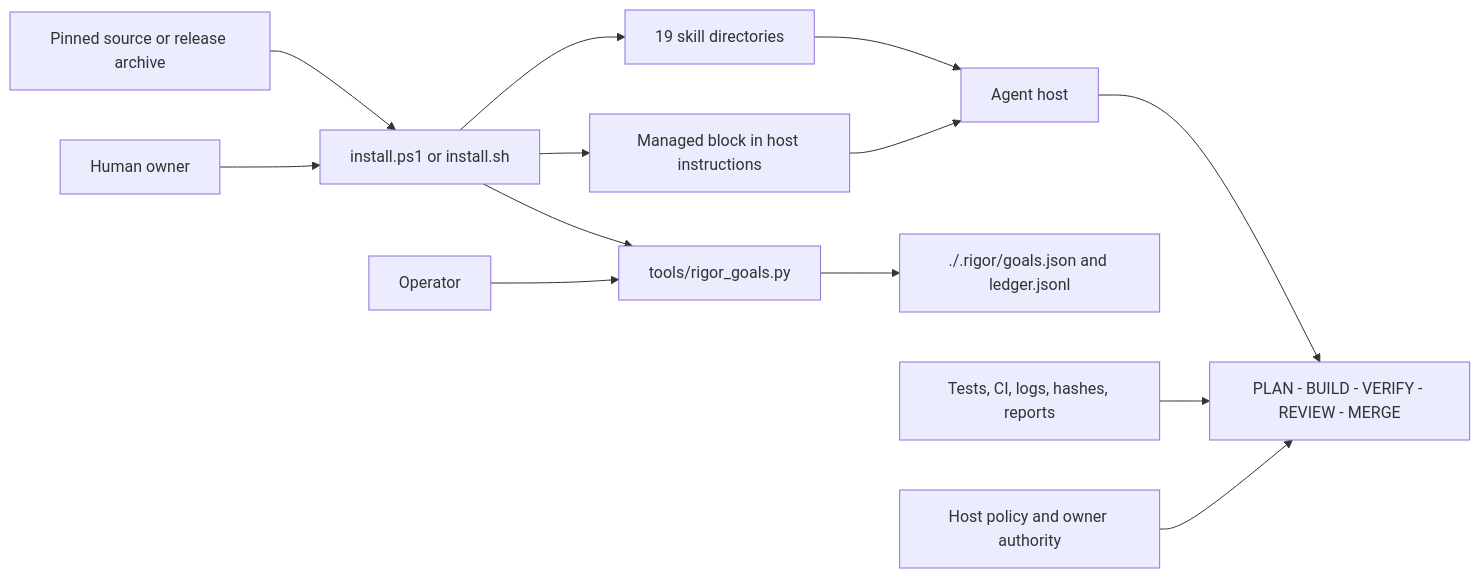
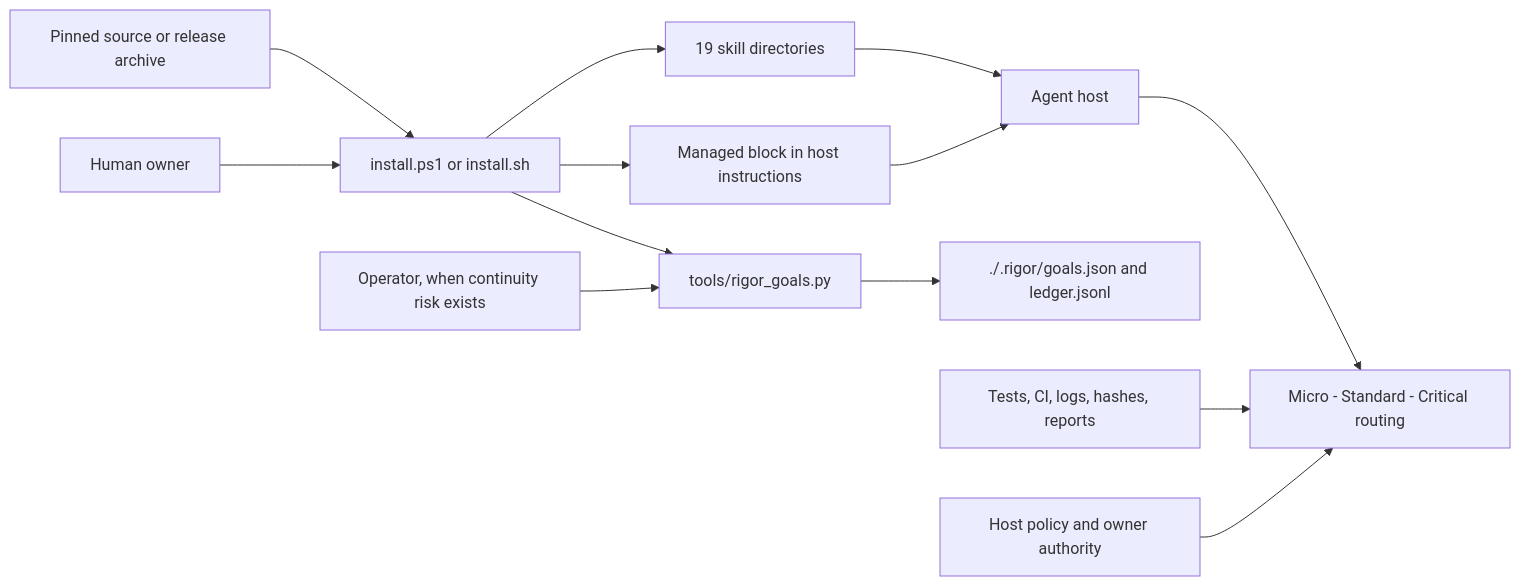
One commit to scottconverse/dev-rigor-stack-lite changed the first of 2 diagrams in docs/architecture.md. Above: the diagram before and after it, drawn with Mermaid. The commit also changed other lines of this file and 30 other files, not shown here.

````diff
--- a/docs/architecture.md
+++ b/docs/architecture.md
@@ -10,15 +10,15 @@
 ```mermaid
 flowchart LR
     Source["Pinned source or release archive"] --> Installer["install.ps1 or install.sh"]
     Owner["Human owner"] --> Installer
     Installer --> Skills["19 skill directories"]
     Installer --> Goals["tools/rigor_goals.py"]
     Installer --> Anchor["Managed block in host instructions"]
     Skills --> Host["Agent host"]
     Anchor --> Host
-    Operator["Operator"] --> Goals
+    Operator["Operator, when continuity risk exists"] --> Goals
     Goals --> State["./.rigor/goals.json and ledger.jsonl"]
-    Host --> Gates["PLAN - BUILD - VERIFY - REVIEW - MERGE"]
+    Host --> Gates["Micro - Standard - Critical routing"]
     Evidence["Tests, CI, logs, hashes, reports"] --> Gates
     Policy["Host policy and owner authority"] --> Gates
 ```
````
